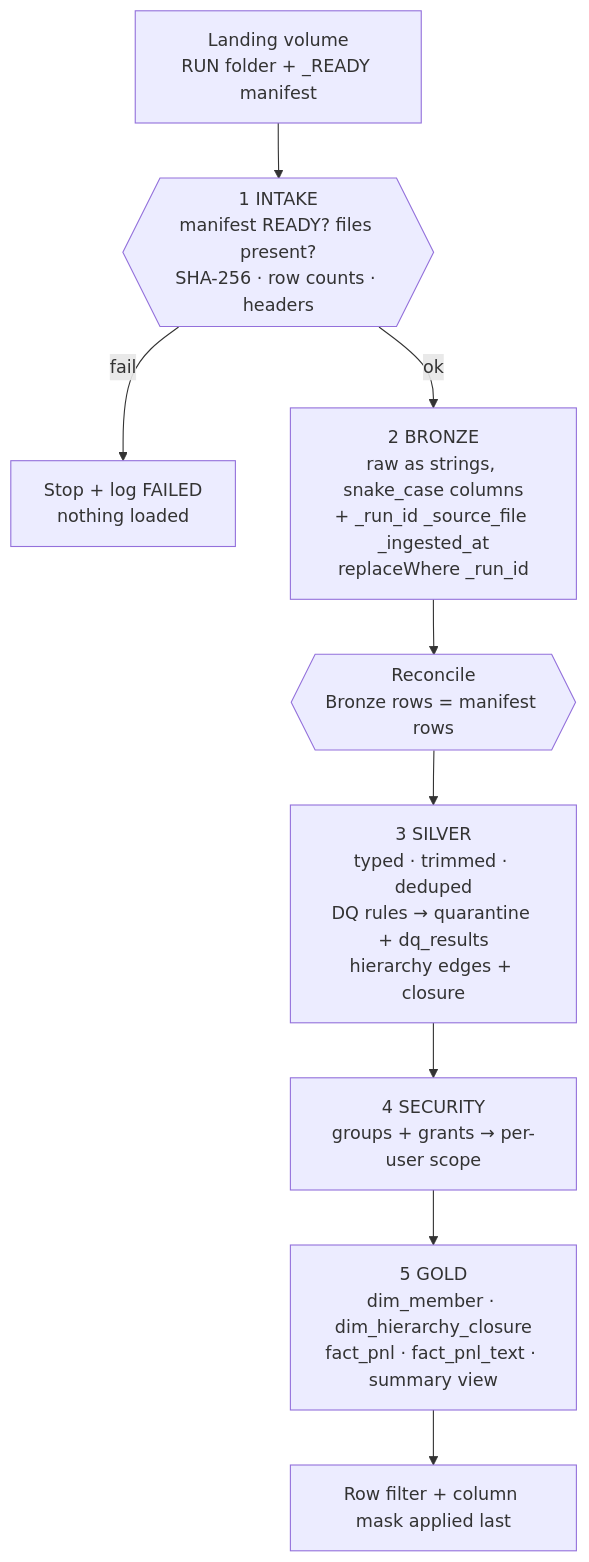
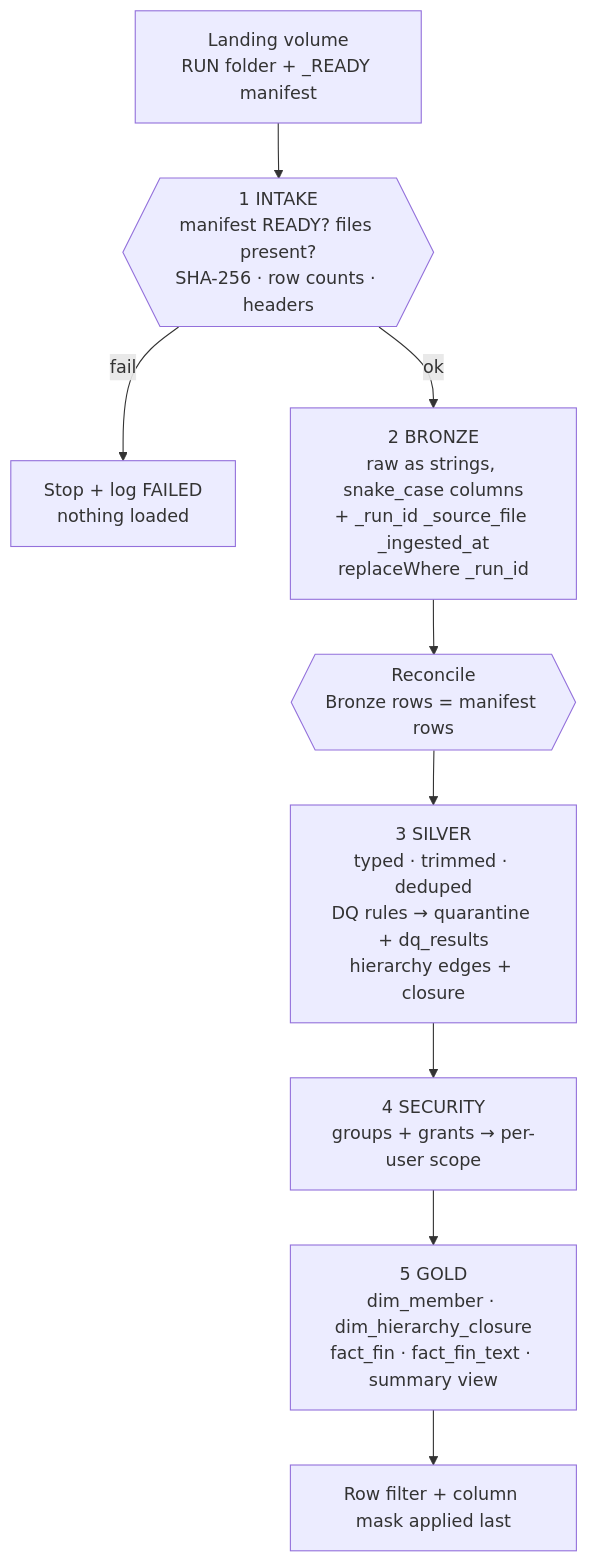
One commit to sushanthg99/Databricks changed the third of 5 diagrams in docs/project_flow_and_ingestion_framework.md. Above: the diagram before and after it, drawn with Mermaid. The commit also changed other lines of this file and 10 other files, not shown here.

````diff
--- a/docs/project_flow_and_ingestion_framework.md
+++ b/docs/project_flow_and_ingestion_framework.md
@@ -179,11 +179,11 @@
 ```mermaid
 flowchart TD
     L[Landing volume<br/>RUN folder + _READY manifest] --> I
     I{{1 INTAKE<br/>manifest READY? files present?<br/>SHA-256 · row counts · headers}} -->|fail| X[Stop + log FAILED<br/>nothing loaded]
     I -->|ok| B
     B[2 BRONZE<br/>raw as strings, snake_case columns<br/>+ _run_id _source_file _ingested_at<br/>replaceWhere _run_id] --> V{{Reconcile<br/>Bronze rows = manifest rows}}
     V --> S
     S[3 SILVER<br/>typed · trimmed · deduped<br/>DQ rules → quarantine + dq_results<br/>hierarchy edges + closure] --> SEC
     SEC[4 SECURITY<br/>groups + grants → per-user scope] --> G
-    G[5 GOLD<br/>dim_member · dim_hierarchy_closure<br/>fact_pnl · fact_pnl_text · summary view] --> P[Row filter + column mask applied last]
+    G[5 GOLD<br/>dim_member · dim_hierarchy_closure<br/>fact_fin · fact_fin_text · summary view] --> P[Row filter + column mask applied last]
 ```
````
